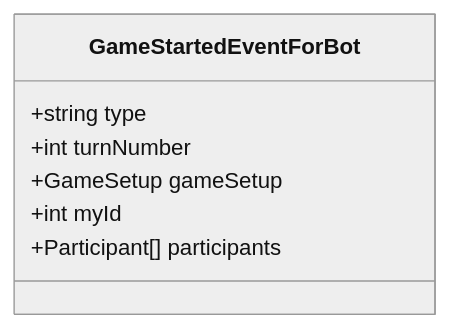
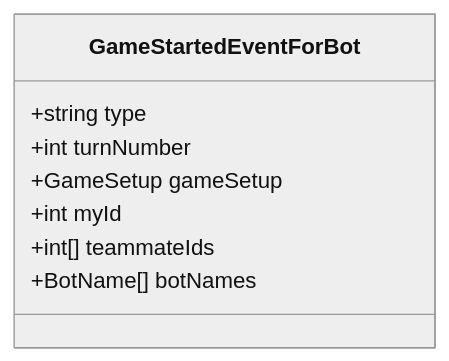
One commit to robocode-dev/tank-royale changed the third of 26 diagrams in docs/architecture/models/message-schema/events.md. Above: the diagram before and after it, drawn with Mermaid (neutral theme). The commit also changed other lines of this file and 73 other files, not shown here.

Commit message:
feat: expose teammate names to team bots

````diff
--- a/docs/architecture/models/message-schema/events.md
+++ b/docs/architecture/models/message-schema/events.md
@@ -134,10 +137,11 @@
 ```mermaid
 classDiagram
     class GameStartedEventForBot {
         +string type
         +int turnNumber
         +GameSetup gameSetup
         +int myId
-        +Participant[] participants
+        +int[] teammateIds
+        +BotName[] botNames
     }
 ```
````
